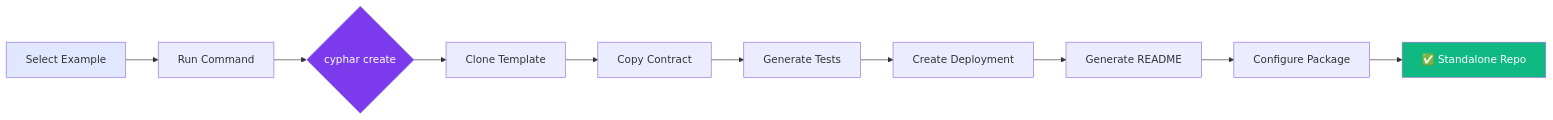
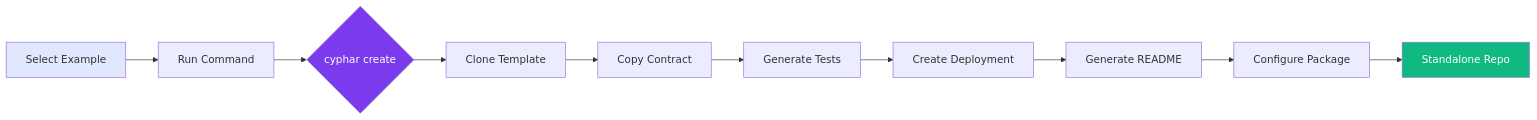
One commit to Marvy247/Cyphar changed the second of 15 diagrams in README.md. Above: the diagram before and after it, drawn with Mermaid. The commit also changed other lines of this file, not shown here.

````diff
--- a/README.md
+++ b/README.md
@@ -64,16 +64,16 @@
 ```mermaid
 flowchart LR
     A[Select Example] --> B[Run Command]
     B --> C{cyphar create}
     C --> D[Clone Template]
     D --> E[Copy Contract]
     E --> F[Generate Tests]
     F --> G[Create Deployment]
     G --> H[Generate README]
     H --> I[Configure Package]
-    I --> J[✅ Standalone Repo]
+    I --> J[ Standalone Repo]
     
     style A fill:#E0E7FF
     style J fill:#10B981,color:#fff
     style C fill:#7C3AED,color:#fff
 ```
````
